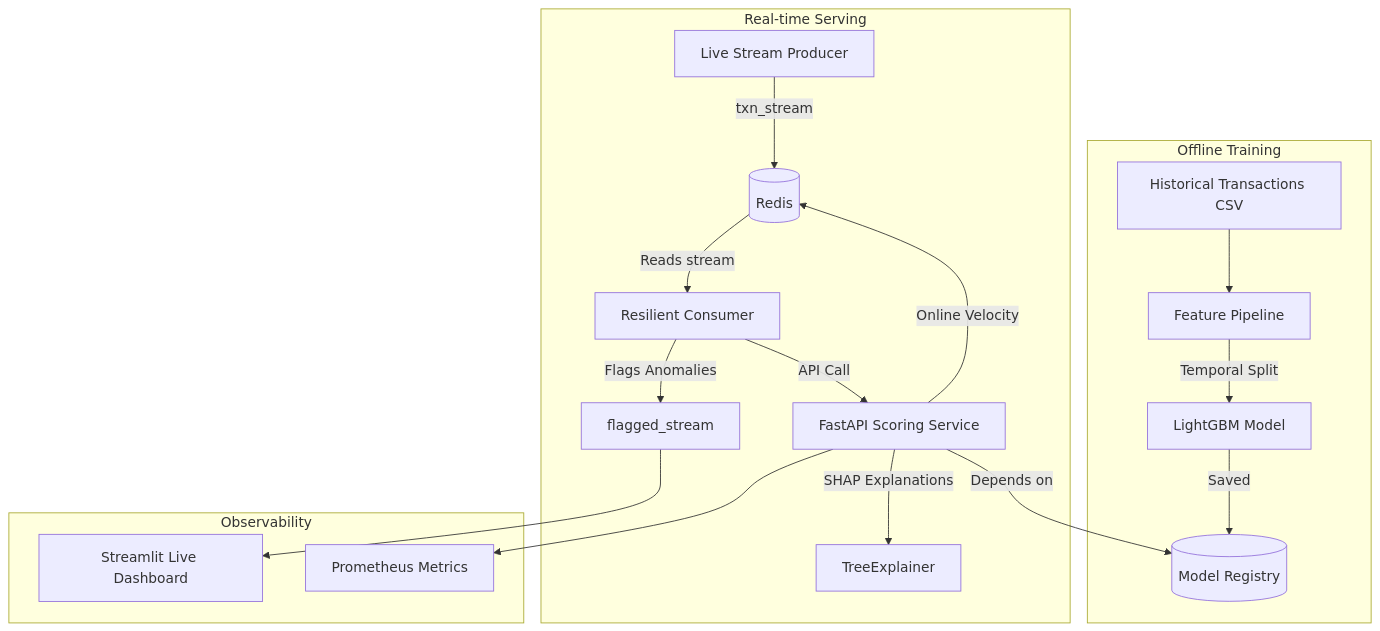
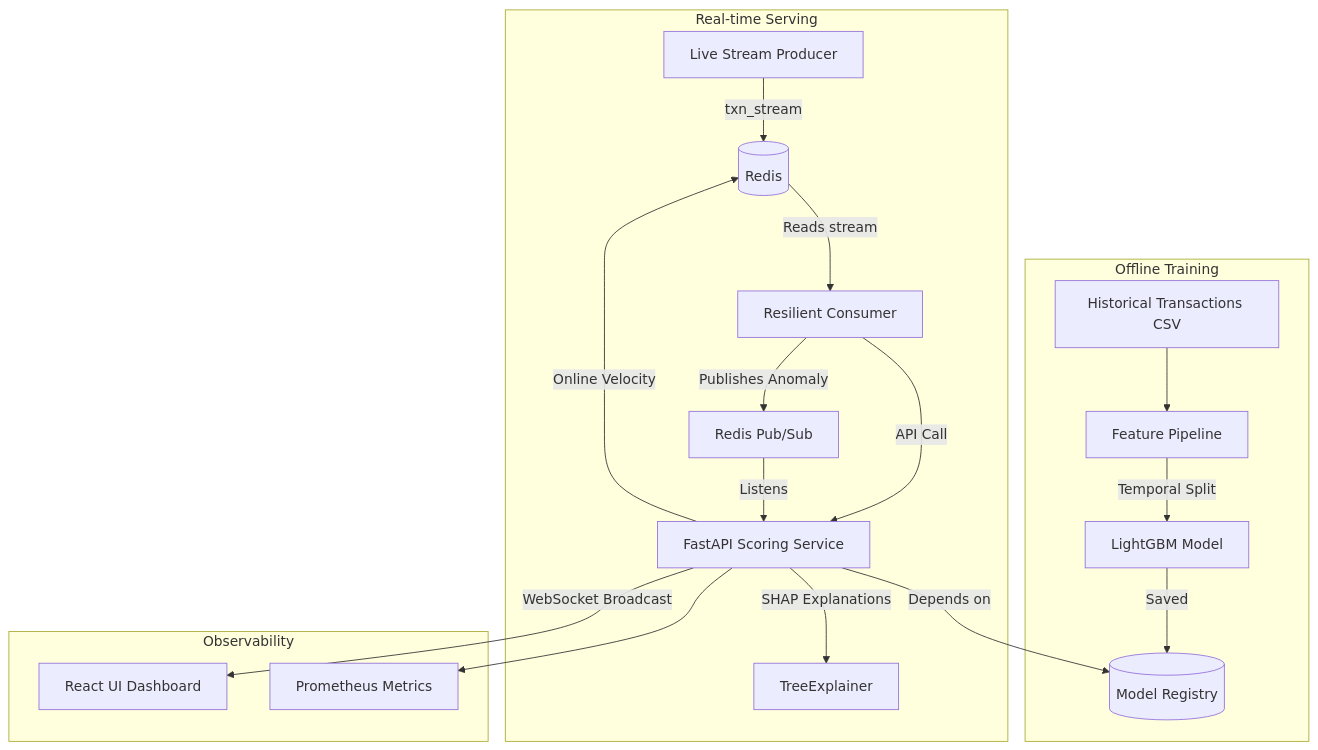
One commit to Paramveersingh-S/fraud-detector changed the diagram in README.md. Above: the diagram before and after it, drawn with Mermaid. The commit also changed other lines of this file and 1 other file, not shown here.

Commit message:
fix(tests): Update fakeredis import and update README diagram

````diff
--- a/README.md
+++ b/README.md
@@ -26,23 +28,24 @@
 ```mermaid
 graph TD
     subgraph Offline Training
         A[Historical Transactions CSV] --> B[Feature Pipeline]
         B -->|Temporal Split| C[LightGBM Model]
         C -->|Saved| D[(Model Registry)]
     end
 
     subgraph Real-time Serving
         E[Live Stream Producer] -->|txn_stream| F[(Redis)]
         F -->|Reads stream| G[Resilient Consumer]
         G -->|API Call| H[FastAPI Scoring Service]
         H -->|Depends on| D
         H -->|Online Velocity| F
         H -->|SHAP Explanations| I[TreeExplainer]
-        G -->|Flags Anomalies| J[flagged_stream]
+        G -->|Publishes Anomaly| J[Redis Pub/Sub]
     end
 
     subgraph Observability
-        J --> K[Streamlit Live Dashboard]
+        J -->|Listens| H
+        H -->|WebSocket Broadcast| K[React UI Dashboard]
         H --> L[Prometheus Metrics]
     end
 ```
````
